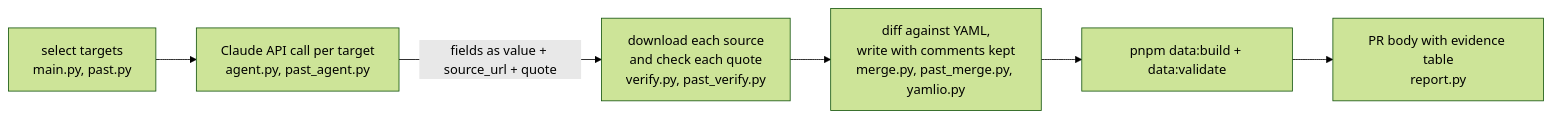
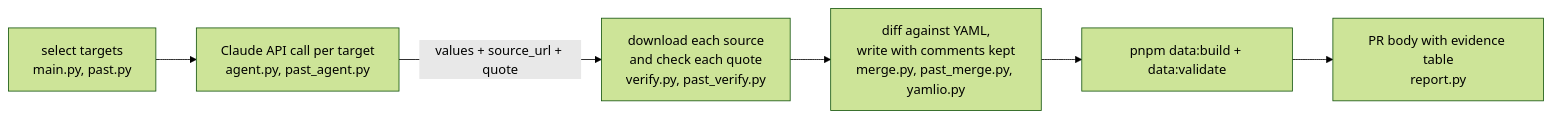
One commit to vict0rsch/confmaps changed the fourth of 5 diagrams in system-architecture.md. Above: the diagram before and after it, drawn with Mermaid (forest theme). The commit also changed other lines of this file and 18 other files, not shown here.

First line of the commit message:
Discover past mode: one source per edition, not-held years, Sonnet 5.5

````diff
--- a/system-architecture.md
+++ b/system-architecture.md
@@ -373,8 +375,8 @@
 ```mermaid
 flowchart LR
   T[select targets<br/>main.py, past.py] --> A[Claude API call per target<br/>agent.py, past_agent.py]
-  A -- "fields as value + source_url + quote" --> V[download each source<br/>and check each quote<br/>verify.py, past_verify.py]
+  A -- "values + source_url + quote" --> V[download each source<br/>and check each quote<br/>verify.py, past_verify.py]
   V --> M[diff against YAML,<br/>write with comments kept<br/>merge.py, past_merge.py, yamlio.py]
   M --> B[pnpm data:build + data:validate]
   B --> R[PR body with evidence table<br/>report.py]
 ```
````
